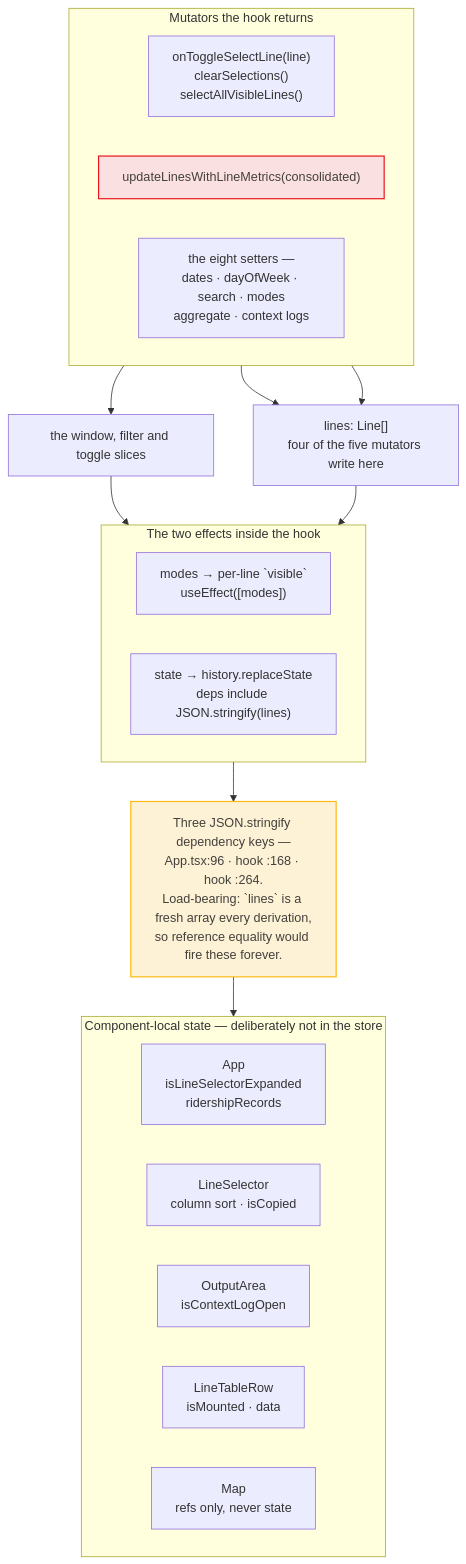
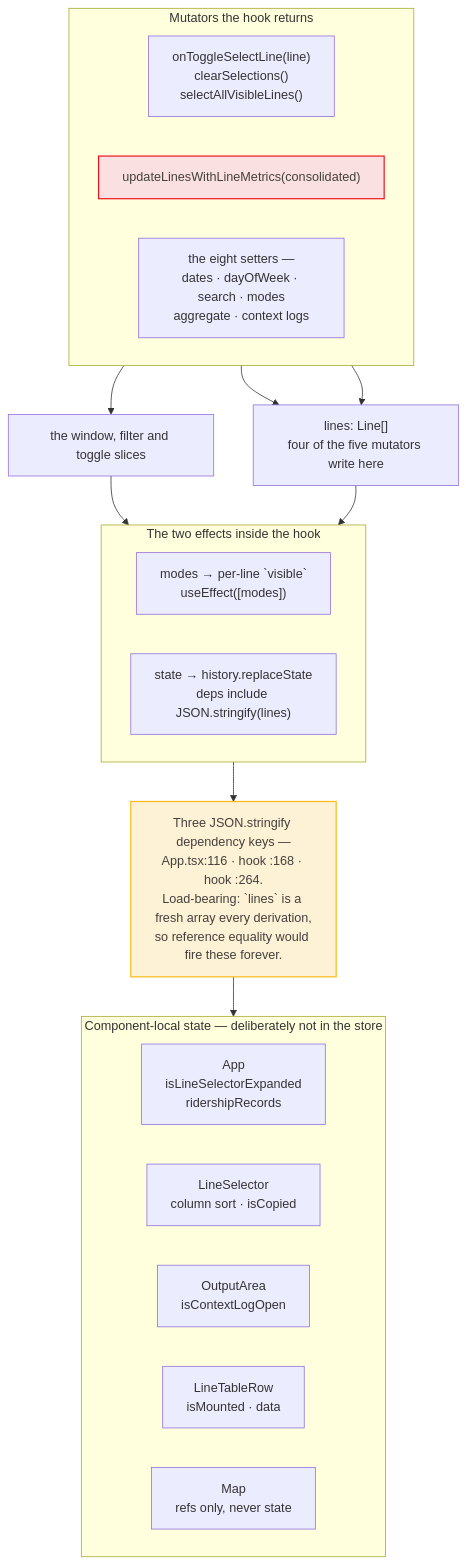
Before and after one commit to streetsforall/metro_ridership_app: the diagram in docs/architecture/mermaid/09-state-mutators-and-effects.mmd, drawn with Mermaid. The commit also changed 11 other files, not shown here.

```diff
--- a/docs/architecture/mermaid/09-state-mutators-and-effects.mmd
+++ b/docs/architecture/mermaid/09-state-mutators-and-effects.mmd
@@ -1,41 +1,41 @@
 flowchart TB
   subgraph mutators["Mutators the hook returns"]
     direction LR
     selectionMutators["onToggleSelectLine(line)<br/>clearSelections()<br/>selectAllVisibleLines()"]
     updateMetrics["updateLinesWithLineMetrics(consolidated)"]
     setters["the eight setters —<br/>dates · dayOfWeek · search · modes<br/>aggregate · context logs"]
   end
 
   lines["lines: Line[]<br/>four of the five mutators write here"]
   otherSlices["the window, filter and toggle slices"]
 
   subgraph effects["The two effects inside the hook"]
     direction LR
     modeSync["modes → per-line `visible`<br/>useEffect([modes])"]
     urlSync["state → history.replaceState<br/>deps include JSON.stringify(lines)"]
   end
 
-  keys["Three JSON.stringify dependency keys —<br/>App.tsx:96 · hook :168 · hook :264.<br/>Load-bearing: `lines` is a fresh array every derivation,<br/>so reference equality would fire these forever."]
+  keys["Three JSON.stringify dependency keys —<br/>App.tsx:116 · hook :168 · hook :264.<br/>Load-bearing: `lines` is a fresh array every derivation,<br/>so reference equality would fire these forever."]
 
   subgraph local["Component-local state — deliberately not in the store"]
     direction LR
     appLocal["App<br/>isLineSelectorExpanded<br/>ridershipRecords"]
     lsLocal["LineSelector<br/>column sort · isCopied"]
     oaLocal["OutputArea<br/>isContextLogOpen"]
     ltrLocal["LineTableRow<br/>isMounted · data"]
     mapLocal["Map<br/>refs only, never state"]
   end
 
   selectionMutators --> lines
   updateMetrics --> lines
   setters --> otherSlices
 
   lines --> effects
   otherSlices --> urlSync
   effects --> keys
   keys --> local
 
   classDef cycle fill:#fbe0e1,stroke:#eb131b,stroke-width:1.5px,color:#44403c
   classDef pending fill:#fdf2d6,stroke:#fdb913,stroke-width:1.5px,color:#44403c
   class updateMetrics cycle
   class keys pending
```
